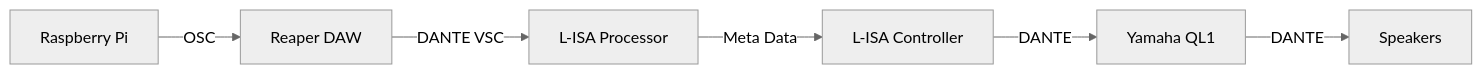
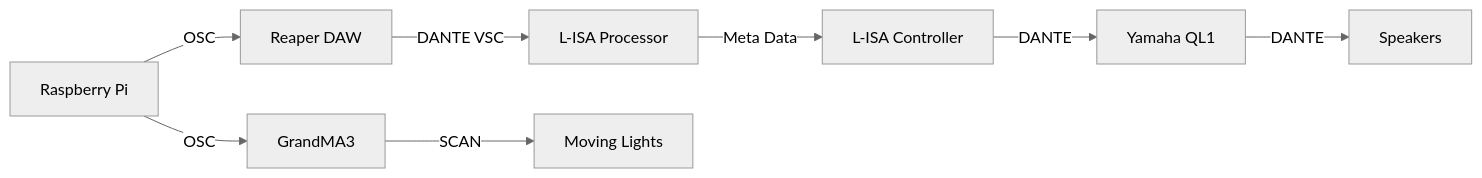
The diagram in POC/POC.md (ntsd27/EGL-314), drawn with Mermaid (neutral theme) before and after one commit. The commit also changed other lines of this file and 1 other file, not shown here.

````diff
--- a/POC/POC.md
+++ b/POC/POC.md
@@ -20,4 +23,5 @@
 ```mermaid
 graph LR
 A[Raspberry Pi] --OSC--> B[Reaper DAW] --DANTE VSC--> C[L-ISA Processor] --Meta Data--> D[L-ISA Controller]--DANTE--> E[Yamaha QL1] --DANTE--> F[Speakers]
+A --OSC--> G[GrandMA3] --SCAN--> H[Moving Lights]
 ```
````
